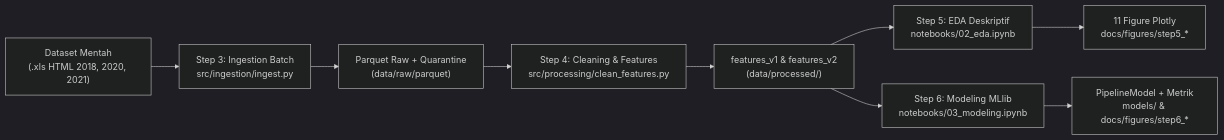
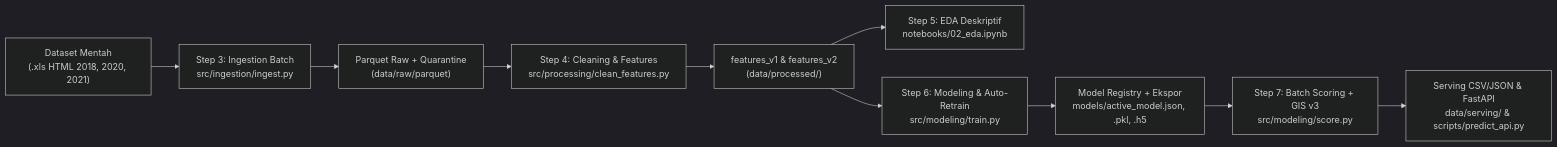
One commit to anandra00/Sipeka-PJBL changed the diagram in README.md. Above: the diagram before and after it, drawn with Mermaid (dark theme). The commit also changed other lines of this file and 81 other files, not shown here.

Commit message:
feat(modeling): add auto-retraining pipeline, .pkl/.h5 model export, and dataset_titik_phb-v3.json integration

````diff
--- a/README.md
+++ b/README.md
@@ -19,11 +20,12 @@
 ```mermaid
 flowchart LR
     A["Dataset Mentah<br/>(.xls HTML 2018, 2020, 2021)"] --> B["Step 3: Ingestion Batch<br/>src/ingestion/ingest.py"]
     B --> C["Parquet Raw + Quarantine<br/>(data/raw/parquet)"]
     C --> D["Step 4: Cleaning & Features<br/>src/processing/clean_features.py"]
     D --> E["features_v1 & features_v2<br/>(data/processed/)"]
     E --> F["Step 5: EDA Deskriptif<br/>notebooks/02_eda.ipynb"]
-    E --> G["Step 6: Modeling MLlib<br/>notebooks/03_modeling.ipynb"]
-    F --> H["11 Figure Plotly<br/>docs/figures/step5_*"]
-    G --> I["PipelineModel + Metrik<br/>models/ & docs/figures/step6_*"]
+    E --> G["Step 6: Modeling & Auto-Retrain<br/>src/modeling/train.py"]
+    G --> H["Model Registry + Ekspor<br/>models/active_model.json, .pkl, .h5"]
+    H --> I["Step 7: Batch Scoring + GIS v3<br/>src/modeling/score.py"]
+    I --> J["Serving CSV/JSON & FastAPI<br/>data/serving/ & scripts/predict_api.py"]
 ```
````
